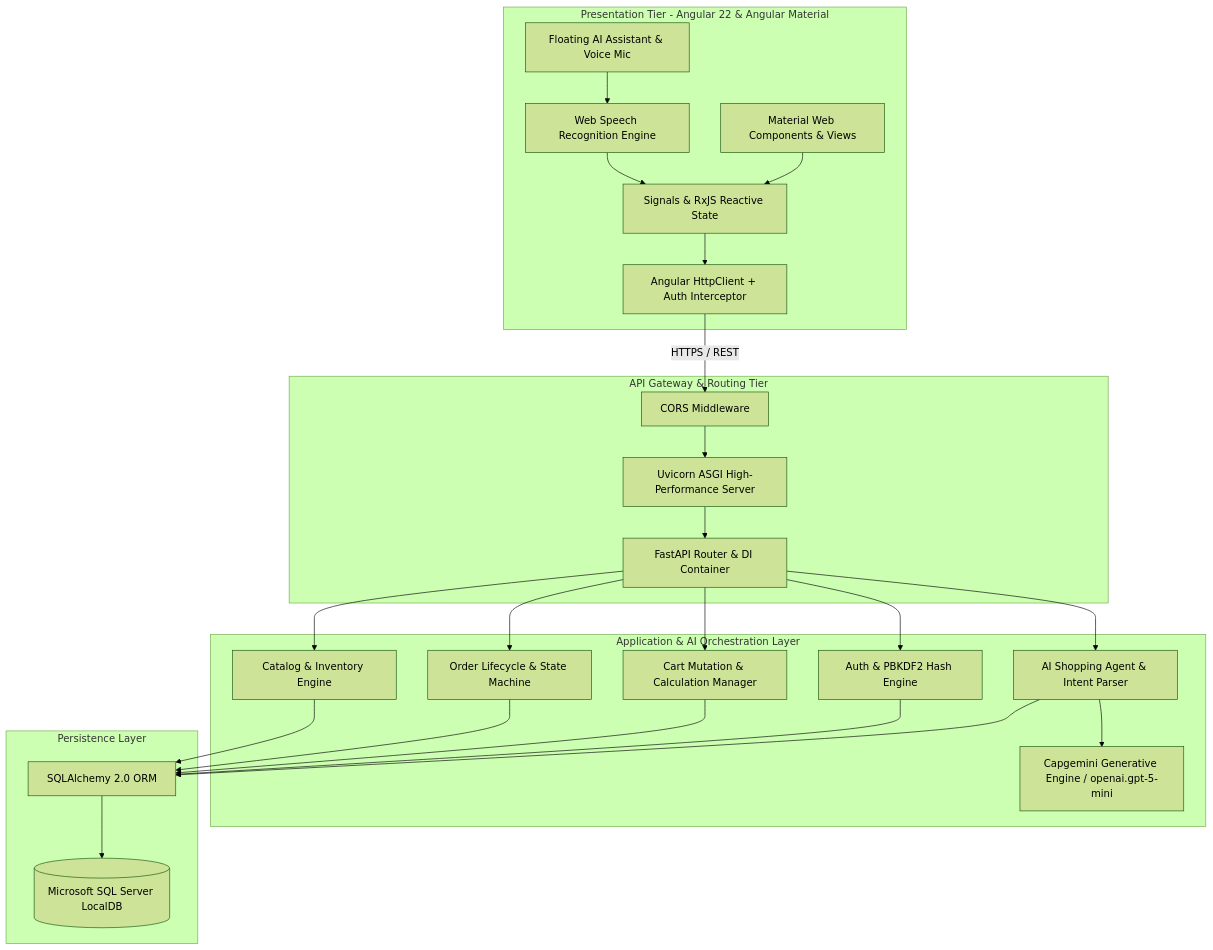
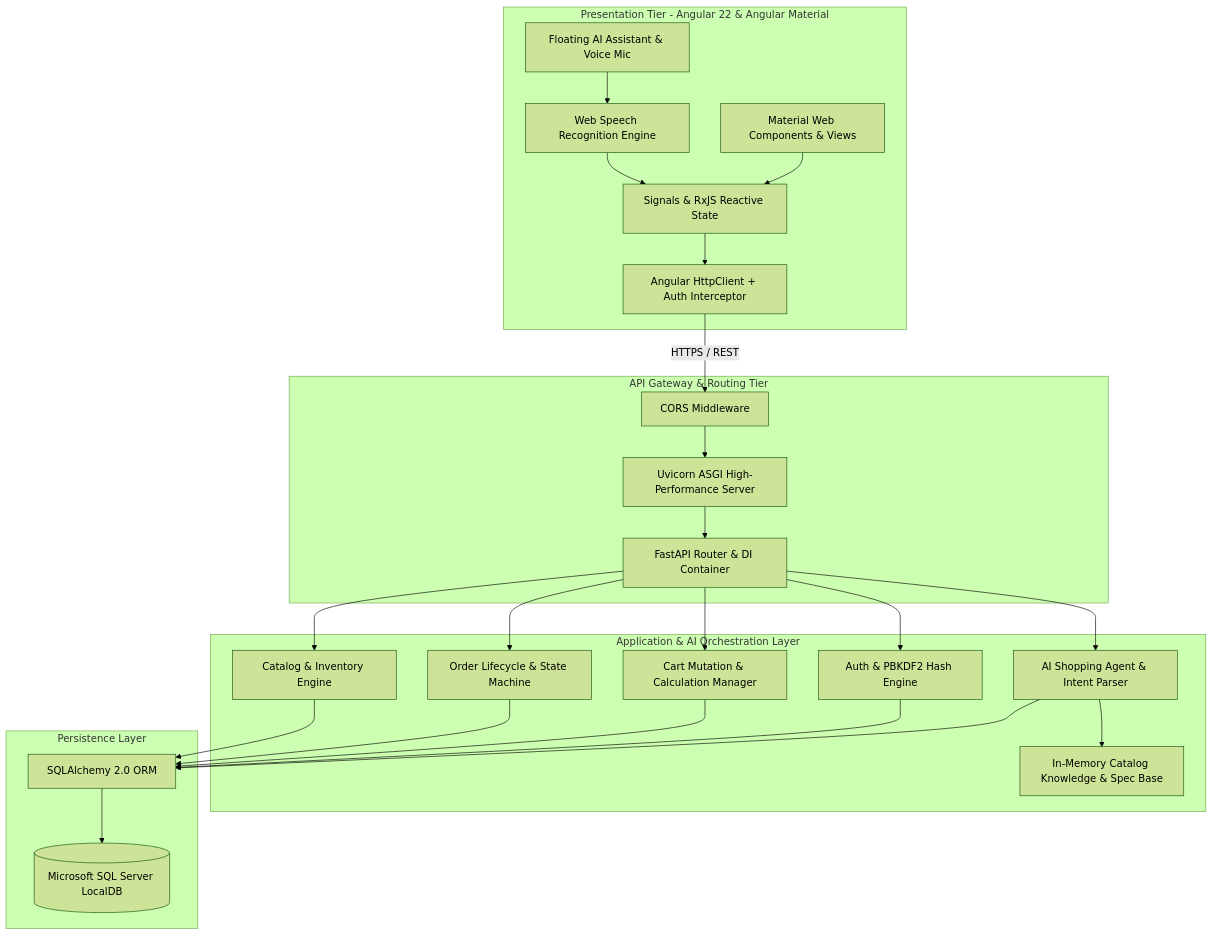
One commit to Satyam12Capgemini/AiEcommerce changed the first of 8 diagrams in LLD_AI_Ecommerce_Assistant.md. Above: the diagram before and after it, drawn with Mermaid (forest theme). The commit also changed other lines of this file and 2 other files, not shown here.

Commit message:
Refactor LLD: Align architecture strictly with actual codebase (remove unimplemented RBAC and external LLM, use true in-memory NLU and PBKDF2 auth)

````diff
--- a/LLD_AI_Ecommerce_Assistant.md
+++ b/LLD_AI_Ecommerce_Assistant.md
@@ -79,53 +77,53 @@
 ```mermaid
 flowchart TD
     subgraph Client Tier [Presentation Tier - Angular 22 & Angular Material]
         UI[Material Web Components & Views]
         ChatWidget[Floating AI Assistant & Voice Mic]
         State[Signals & RxJS Reactive State]
         HTTPClient[Angular HttpClient + Auth Interceptor]
         WebSpeech[Web Speech Recognition Engine]
     end
 
     subgraph Gateway [API Gateway & Routing Tier]
         CORS[CORS Middleware]
         Uvicorn[Uvicorn ASGI High-Performance Server]
         FastAPI[FastAPI Router & DI Container]
     end
 
     subgraph Service Tier [Application & AI Orchestration Layer]
         AuthService[Auth & PBKDF2 Hash Engine]
         CartService[Cart Mutation & Calculation Manager]
         OrderService[Order Lifecycle & State Machine]
         ProductService[Catalog & Inventory Engine]
         AIService[AI Shopping Agent & Intent Parser]
-        GenEngine[Capgemini Generative Engine / openai.gpt-5-mini]
+        KnowledgeBase[In-Memory Catalog Knowledge & Spec Base]
     end
 
     subgraph Data Tier [Persistence Layer]
         ORM[SQLAlchemy 2.0 ORM]
         DB[(Microsoft SQL Server LocalDB)]
     end
 
     UI --> State
     ChatWidget --> WebSpeech
     WebSpeech --> State
     State --> HTTPClient
     HTTPClient -- HTTPS / REST --> CORS
     CORS --> Uvicorn
     Uvicorn --> FastAPI
 
     FastAPI --> AuthService
     FastAPI --> CartService
     FastAPI --> OrderService
     FastAPI --> ProductService
     FastAPI --> AIService
 
-    AIService --> GenEngine
+    AIService --> KnowledgeBase
     AIService --> ORM
     AuthService --> ORM
     CartService --> ORM
     OrderService --> ORM
     ProductService --> ORM
 
     ORM --> DB
 ```
````
